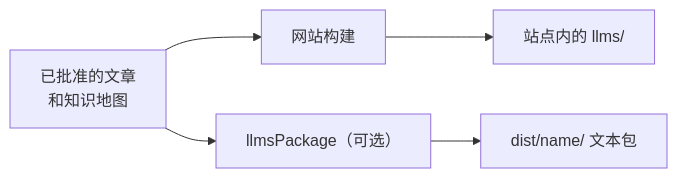
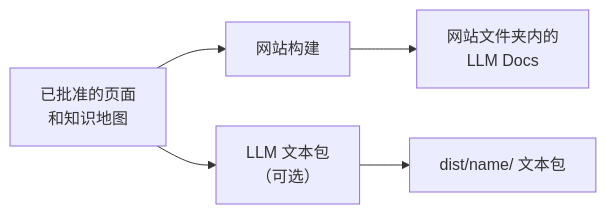
The diagram in translations/zh-CN/sop/outputs-and-sites/llm-docs.md (context4ai/portal), drawn with Mermaid before and after one commit. The commit also changed other lines of this file and 129 other files, not shown here.

````diff
--- a/translations/zh-CN/sop/outputs-and-sites/llm-docs.md
+++ b/translations/zh-CN/sop/outputs-and-sites/llm-docs.md
@@ -16,7 +16,7 @@
 ```mermaid
 flowchart LR
-  approved["已批准的文章<br/>和知识地图"] --> site["网站构建"]
-  approved --> llms["llmsPackage（可选）"]
-  site --> sitellms["站点内的 llms/"]
+  approved["已批准的页面<br/>和知识地图"] --> site["网站构建"]
+  approved --> llms["LLM 文本包<br/>（可选）"]
+  site --> sitellms["网站文件夹内的<br/>LLM Docs"]
   llms --> pkg["dist/name/ 文本包"]
 ```
````
